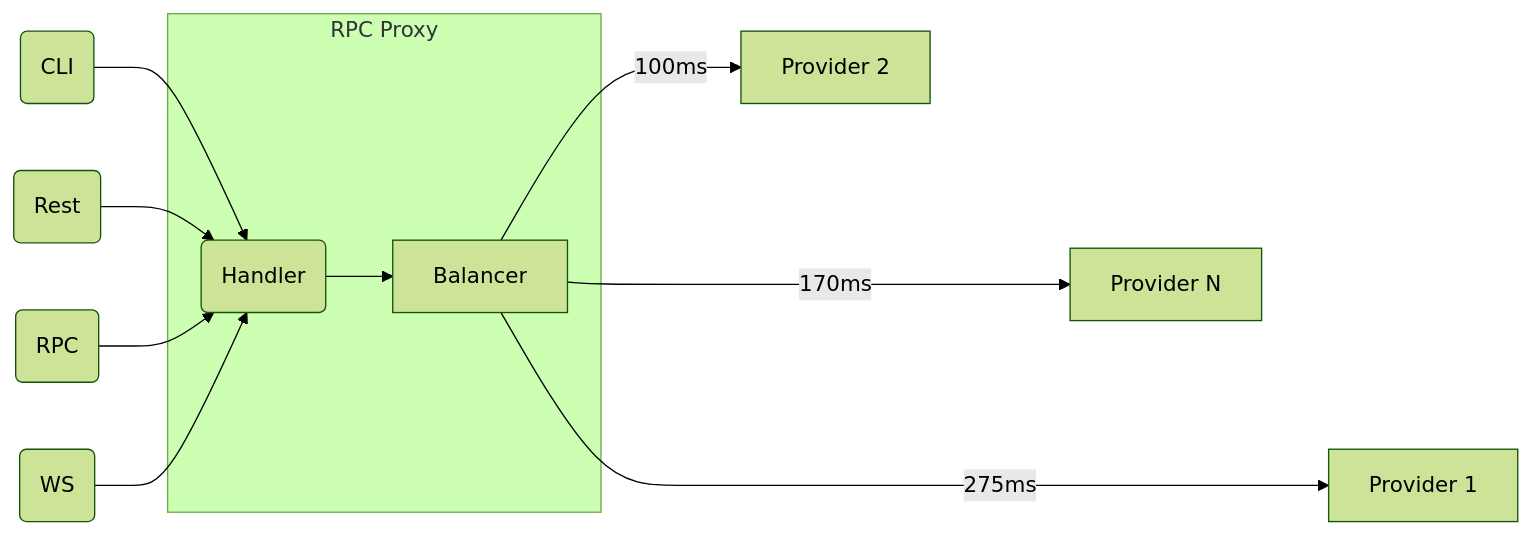
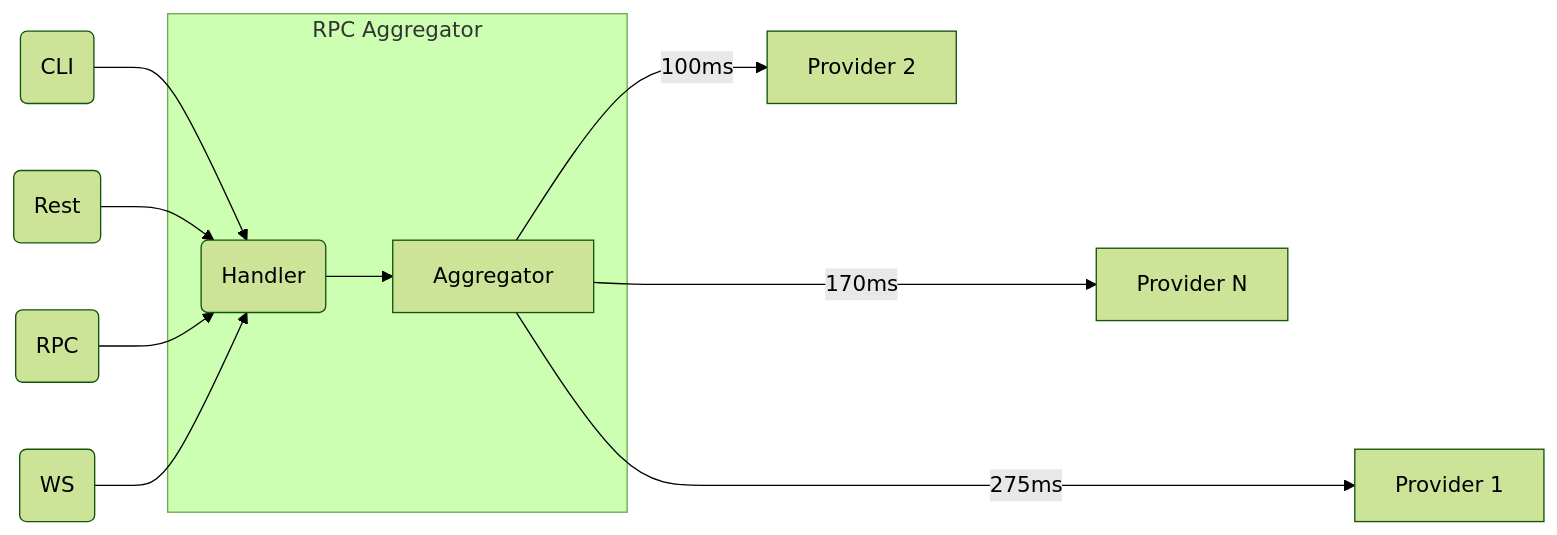
The diagram in README.md (rpc-ag/rpc-aggregator), drawn with Mermaid (forest theme) before and after one commit. The commit also changed other lines of this file and 10 other files, not shown here.

````diff
--- a/README.md
+++ b/README.md
@@ -13,14 +13,14 @@
 ```mermaid
 flowchart LR 
-    CC(CLI) --> RPCProxy
-    RC(Rest) --> RPCProxy
-    RPCC(RPC) --> RPCProxy
-    WSC(WS) --> RPCProxy
-    subgraph RPC Proxy
-      RPCProxy(Handler) --> Balancer
+    CC(CLI) --> RPCAggregator
+    RC(Rest) --> RPCAggregator
+    RPCC(RPC) --> RPCAggregator
+    WSC(WS) --> RPCAggregator
+    subgraph RPC Aggregator
+      RPCAggregator(Handler) --> Aggregator
     end
-    Balancer ---->|275ms| AS1[Provider 1] 
-    Balancer -->|100ms| AS2[Provider 2] 
-    Balancer --->|170ms| ASN[Provider N]
+    Aggregator ---->|275ms| AS1[Provider 1] 
+    Aggregator -->|100ms| AS2[Provider 2] 
+    Aggregator --->|170ms| ASN[Provider N]
 
 ```
````
